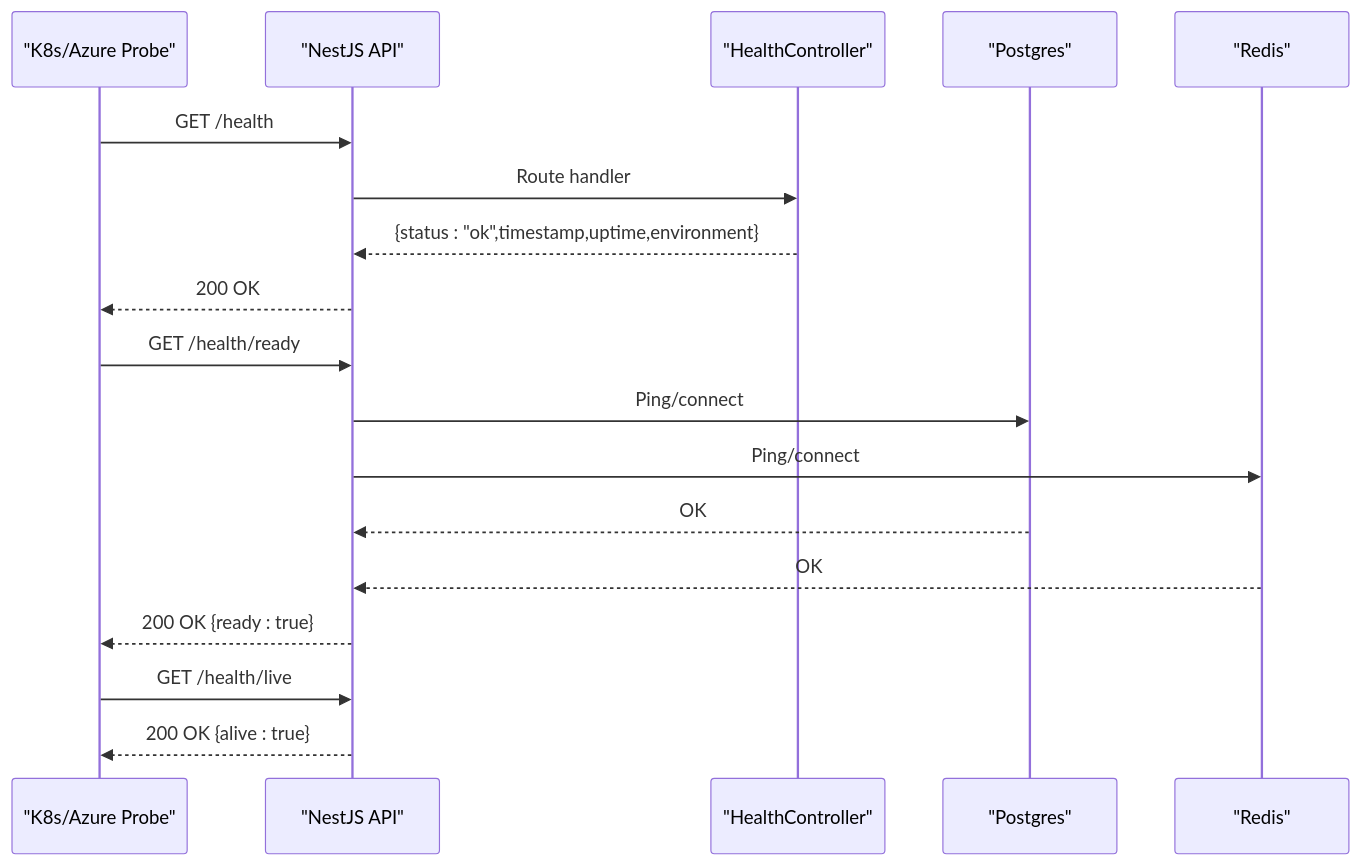
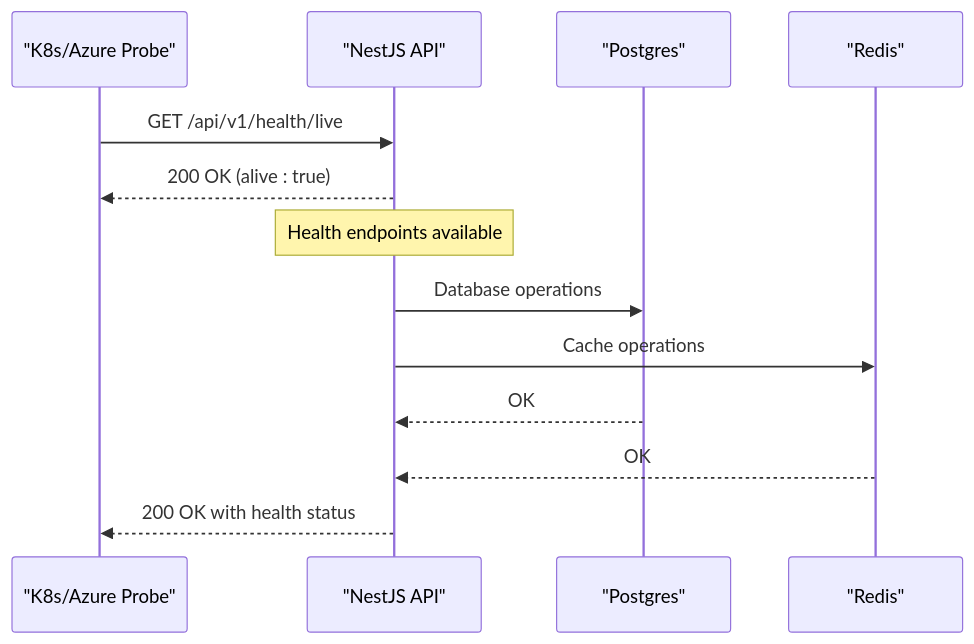
The second of 3 diagrams in .qoder/repowiki/en/content/Monitoring and Maintenance.md (Avi-Bendetsky/Quiz-to-build), drawn with Mermaid before and after one commit. The commit also changed other lines of this file and 41 other files, not shown here.

````diff
--- a/.qoder/repowiki/en/content/Monitoring and Maintenance.md
+++ b/.qoder/repowiki/en/content/Monitoring and Maintenance.md
@@ -126,20 +157,15 @@
 ```mermaid
 sequenceDiagram
 participant Probe as "K8s/Azure Probe"
 participant API as "NestJS API"
-participant HC as "HealthController"
 participant DB as "Postgres"
 participant RC as "Redis"
-Probe->>API : GET /health
-API->>HC : Route handler
-HC-->>API : {status : "ok",timestamp,uptime,environment}
-API-->>Probe : 200 OK
-Probe->>API : GET /health/ready
-API->>DB : Ping/connect
-API->>RC : Ping/connect
+Probe->>API : GET /api/v1/health/live
+API-->>Probe : 200 OK (alive : true)
+Note over API : Health endpoints available
+API->>DB : Database operations
+API->>RC : Cache operations
 DB-->>API : OK
 RC-->>API : OK
-API-->>Probe : 200 OK {ready : true}
-Probe->>API : GET /health/live
-API-->>Probe : 200 OK {alive : true}
+API-->>Probe : 200 OK with health status
 ```
````
